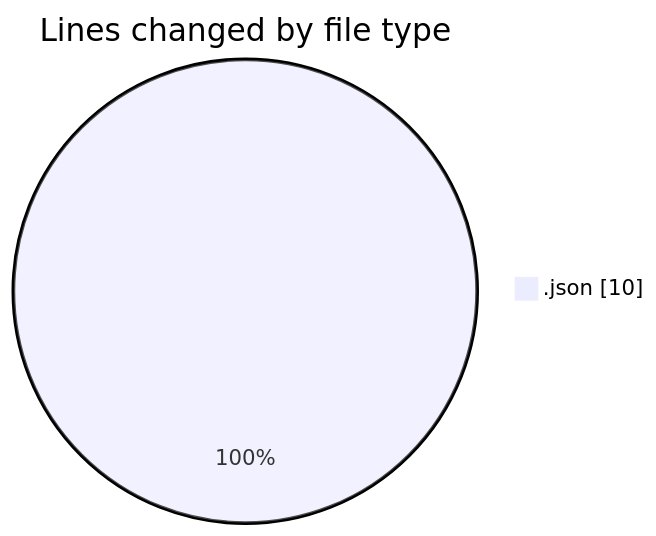
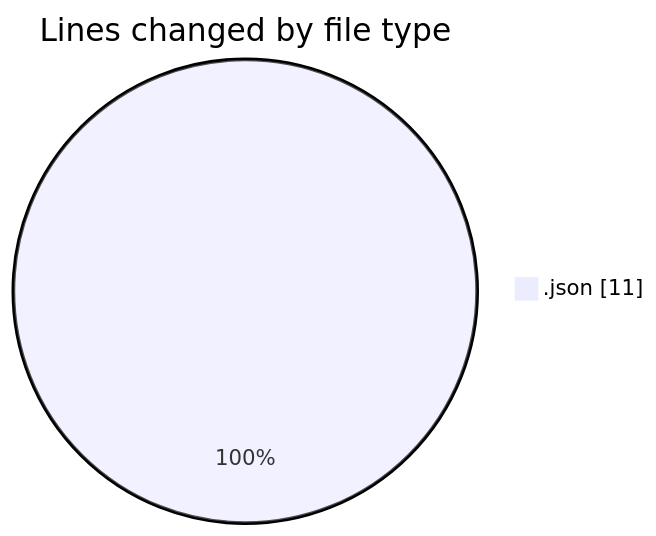
Before and after one commit to EIIisD/code-tracking: the first of 2 diagrams in 2025-08-18/reflect-parser/README.md, drawn with Mermaid. The commit also changed other lines of this file and 1 other file, not shown here.

````diff
--- a/2025-08-18/reflect-parser/README.md
+++ b/2025-08-18/reflect-parser/README.md
@@ -20,5 +20,5 @@
 ```mermaid
 pie showData
 title Lines changed by file type
-".json" : 10
+".json" : 11
 ```
````
